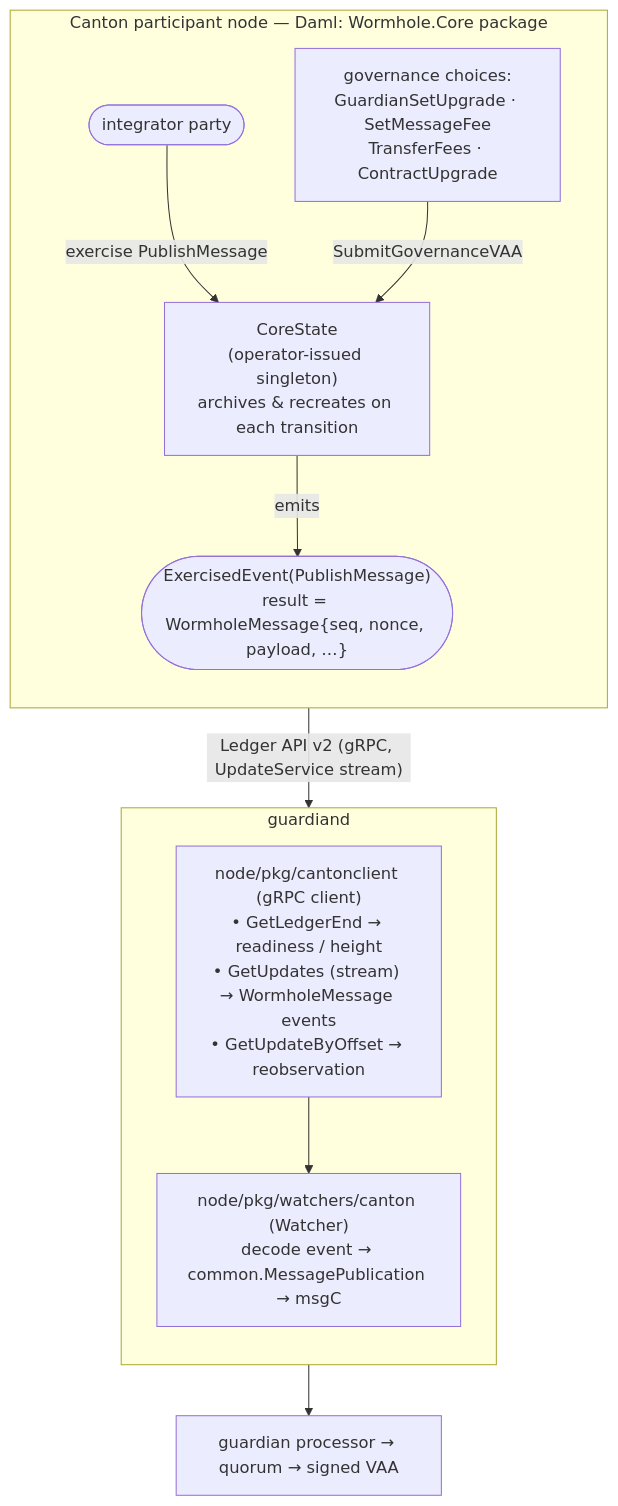
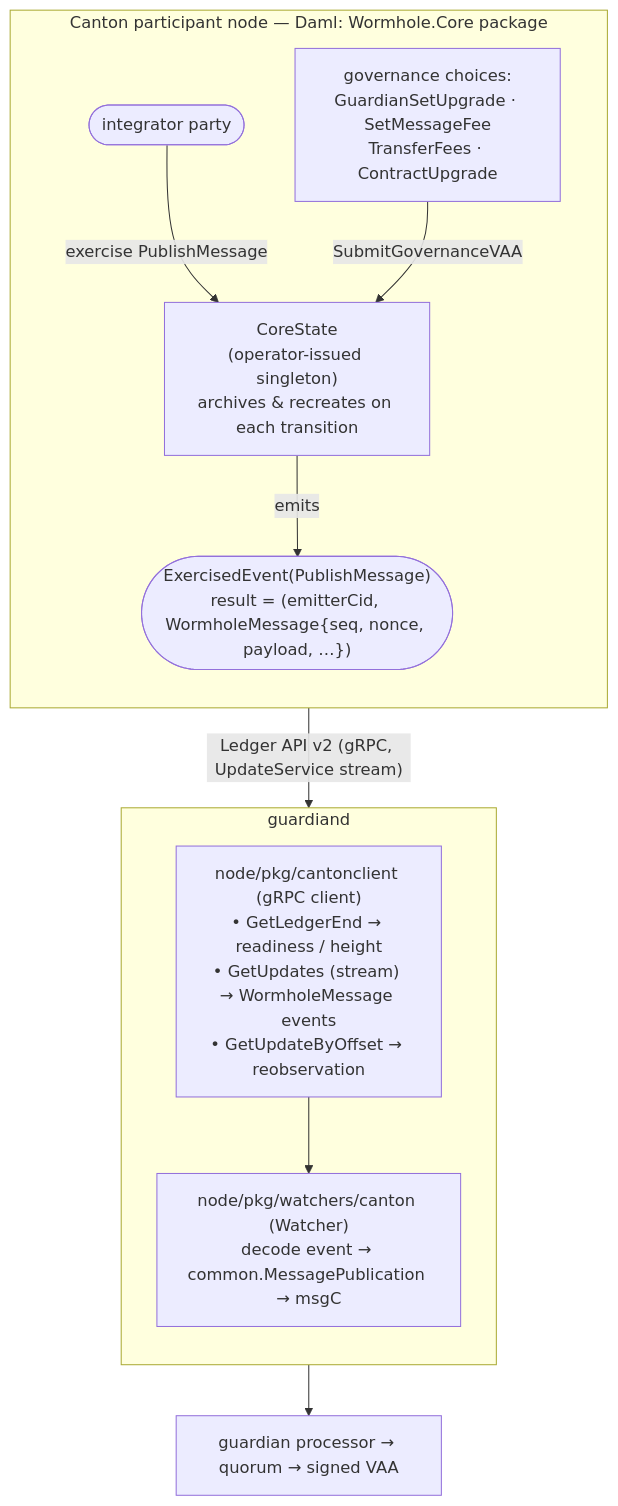
Before and after one commit to wormholelabs-xyz/wormhole: the first of 2 diagrams in canton/README.md, drawn with Mermaid. The commit also changed other lines of this file and 9 other files, not shown here.

First line of the commit message:
canton: PublishMessage returns the successor Emitter cid (#53)

````diff
--- a/canton/README.md
+++ b/canton/README.md
@@ -95,23 +95,23 @@
 ```mermaid
 flowchart TD
     subgraph canton["Canton participant node — Daml: Wormhole.Core package"]
         direction TB
         integrator(["integrator party"])
         core["CoreState<br/>(operator-issued singleton)<br/>archives &amp; recreates on each transition"]
         gov["governance choices:<br/>GuardianSetUpgrade · SetMessageFee<br/>TransferFees · ContractUpgrade"]
-        evt(["ExercisedEvent(PublishMessage)<br/>result = WormholeMessage{seq, nonce, payload, …}"])
+        evt(["ExercisedEvent(PublishMessage)<br/>result = (emitterCid, WormholeMessage{seq, nonce, payload, …})"])
         integrator -- "exercise PublishMessage" --> core
         gov -- "SubmitGovernanceVAA" --> core
         core -- emits --> evt
     end
 
     subgraph gd["guardiand"]
         direction TB
         client["node/pkg/cantonclient (gRPC client)<br/>• GetLedgerEnd → readiness / height<br/>• GetUpdates (stream) → WormholeMessage events<br/>• GetUpdateByOffset → reobservation"]
         watcher["node/pkg/watchers/canton (Watcher)<br/>decode event → common.MessagePublication → msgC"]
         client --> watcher
     end
 
     evt -- "Ledger API v2 (gRPC, UpdateService stream)" --> client
     watcher --> proc["guardian processor → quorum → signed VAA"]
 ```
````
